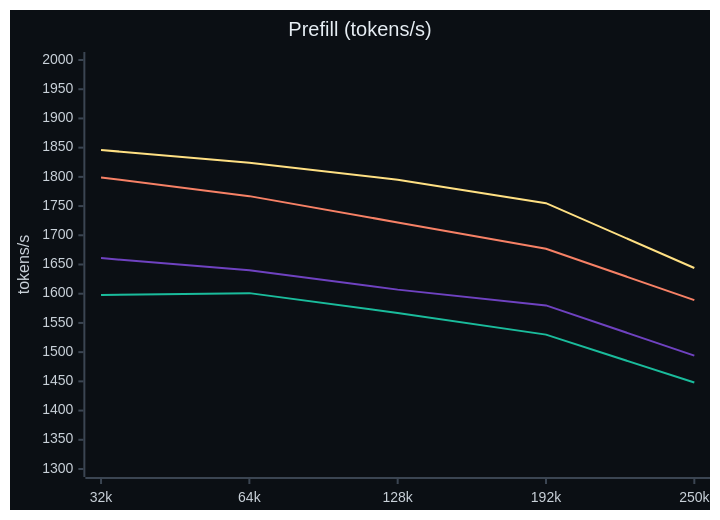
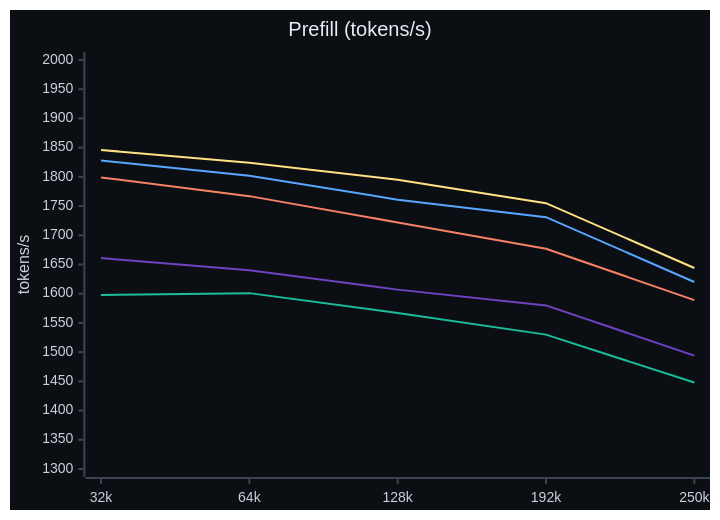
One commit to jaedync/crucible-strix-halo changed the second of 4 diagrams in docs/RESULTS.md. Above: the diagram before and after it, drawn with Mermaid. The commit also changed other lines of this file and 63 other files, not shown here.

````diff
--- a/docs/RESULTS.md
+++ b/docs/RESULTS.md
@@ -102,11 +104,12 @@
 ```mermaid
-%%{init: {"theme": "base", "themeVariables": {"xyChart": {"backgroundColor": "#0b0f14", "titleColor": "#e6edf3", "xAxisLabelColor": "#c9d1d9", "yAxisLabelColor": "#c9d1d9", "xAxisTitleColor": "#c9d1d9", "yAxisTitleColor": "#c9d1d9", "xAxisLineColor": "#3b4552", "yAxisLineColor": "#3b4552", "xAxisTickColor": "#3b4552", "yAxisTickColor": "#3b4552", "plotColorPalette": "#6f42c1, #1abc9c, #f78166, #ffe083"}}}}%%
+%%{init: {"theme": "base", "themeVariables": {"xyChart": {"backgroundColor": "#0b0f14", "titleColor": "#e6edf3", "xAxisLabelColor": "#c9d1d9", "yAxisLabelColor": "#c9d1d9", "xAxisTitleColor": "#c9d1d9", "yAxisTitleColor": "#c9d1d9", "xAxisLineColor": "#3b4552", "yAxisLineColor": "#3b4552", "xAxisTickColor": "#3b4552", "yAxisTickColor": "#3b4552", "plotColorPalette": "#6f42c1, #1abc9c, #f78166, #ffe083, #58a6ff"}}}}%%
 xychart-beta
     title "Prefill (tokens/s)"
     x-axis ["32k", "64k", "128k", "192k", "250k"]
     y-axis "tokens/s" 1300 --> 2000
     line [1661, 1640, 1607, 1580, 1494]
     line [1598, 1601, 1567, 1530, 1448]
     line [1799, 1767, 1722, 1677, 1589]
     line [1846, 1824, 1795, 1755, 1644]
+    line [1828, 1802, 1761, 1731, 1620]
 ```
````
